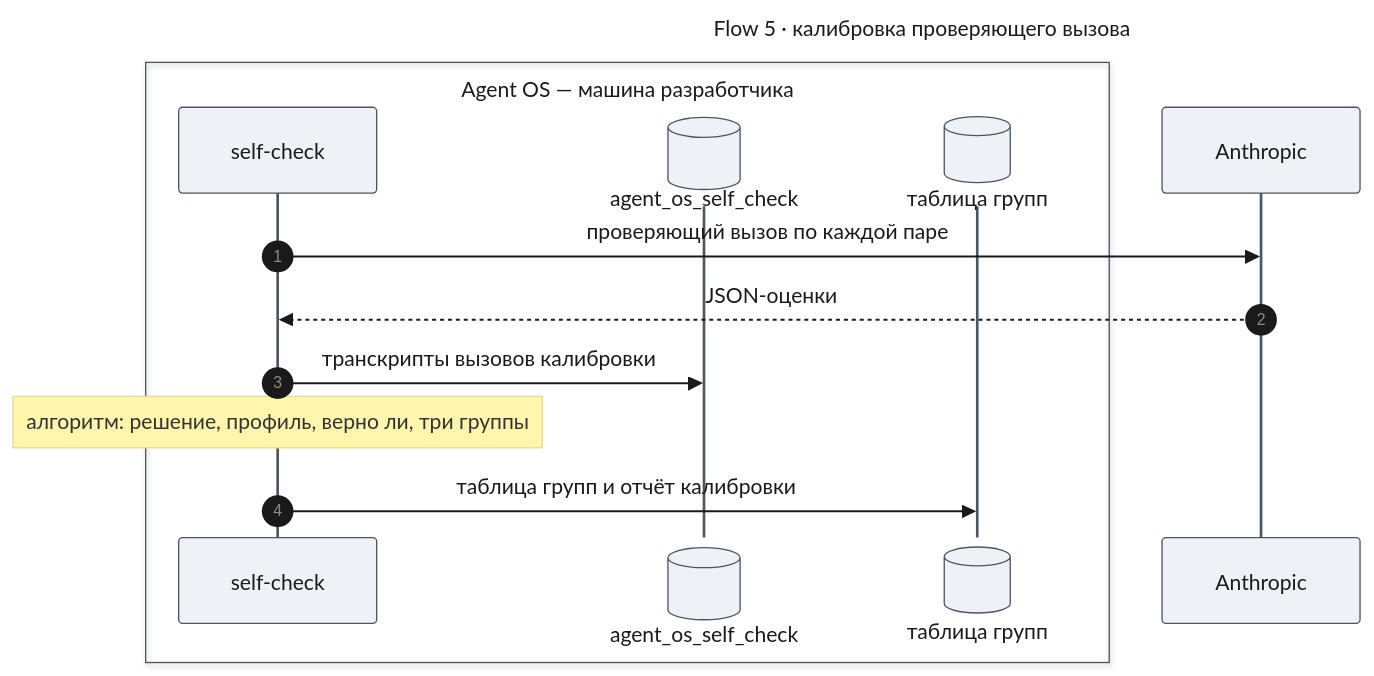
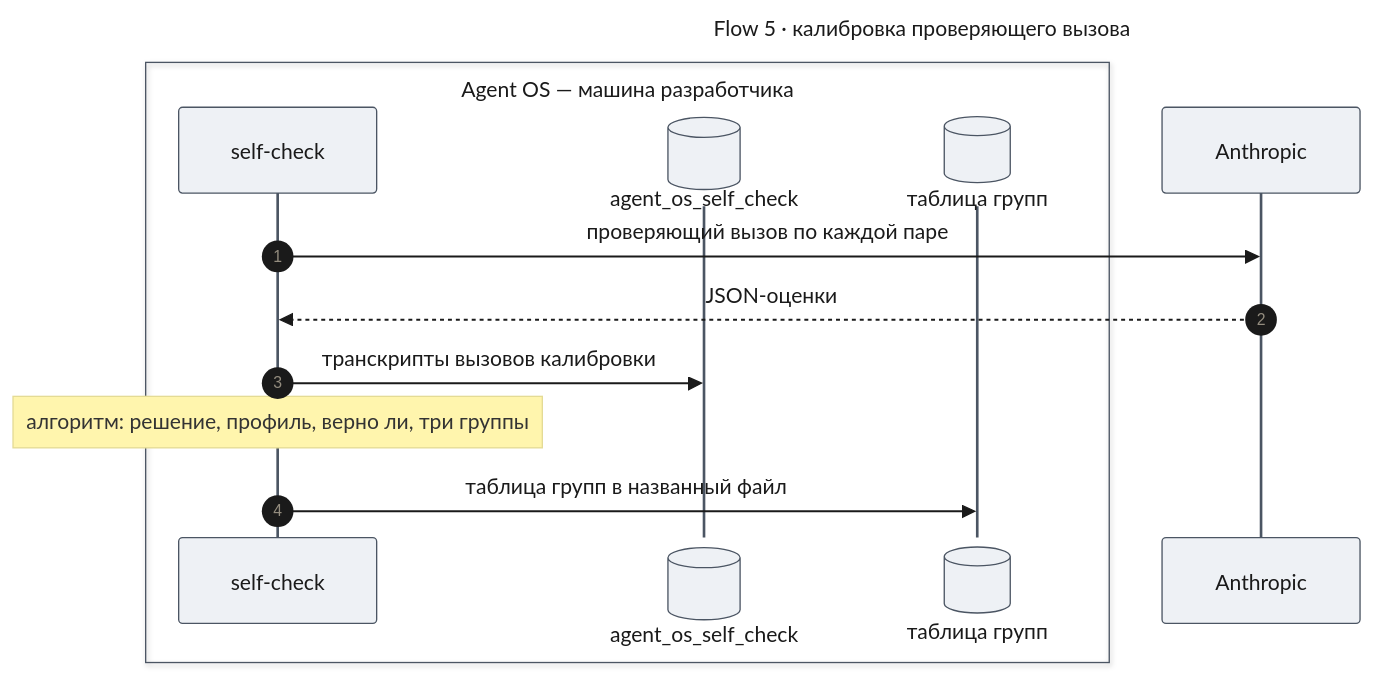
One commit to tundraray/agent-os changed diagram 18 of 19 in docs/features/agent-quality/design-engine.md. Above: the diagram before and after it, drawn with Mermaid. The commit also changed other lines of this file and 1 other file, not shown here.

````diff
--- a/docs/features/agent-quality/design-engine.md
+++ b/docs/features/agent-quality/design-engine.md
@@ -1118,33 +1121,33 @@
 ```mermaid
 ---
 title: "Flow 5 · калибровка проверяющего вызова"
 config:
   theme: base
   look: classic
   themeVariables:
     primaryColor: "#eef1f5"
     primaryBorderColor: "#4b5563"
     primaryTextColor: "#1a1a1a"
     lineColor: "#6b7280"
   themeCSS: |
     @keyframes lit_f5{0%,22.5%{stroke:#991b1b;stroke-width:6px}25%,100%{stroke:#37474f;stroke-width:2px}}
     @keyframes litr_f5{0%,22.5%{stroke:#1d4ed8;stroke-width:6px}25%,100%{stroke:#37474f;stroke-width:2px}}
     .messageLine0[data-id='i1'],.messageLine1[data-id='i1']{animation:litr_f5 4.8s linear 0s infinite}
     .messageLine0[data-id='i2'],.messageLine1[data-id='i2']{animation:litr_f5 4.8s linear 1.2s infinite}
     .messageLine0[data-id='i3'],.messageLine1[data-id='i3']{animation:lit_f5 4.8s linear 2.4s infinite}
     .messageLine0[data-id='i5'],.messageLine1[data-id='i5']{animation:lit_f5 4.8s linear 3.6s infinite}
 ---
 sequenceDiagram
     autonumber
     box Agent OS — машина разработчика
         participant SC as self-check
         participant DB@{ "type": "database" } as agent_os_self_check
         participant T@{ "type": "database" } as таблица групп
     end
     participant A as Anthropic
     SC->>A: проверяющий вызов по каждой паре
     A-->>SC: JSON-оценки
     SC->>DB: транскрипты вызовов калибровки
     Note over SC: алгоритм: решение, профиль, верно ли, три группы
-    SC->>T: таблица групп и отчёт калибровки
+    SC->>T: таблица групп в названный файл
 ```
````
